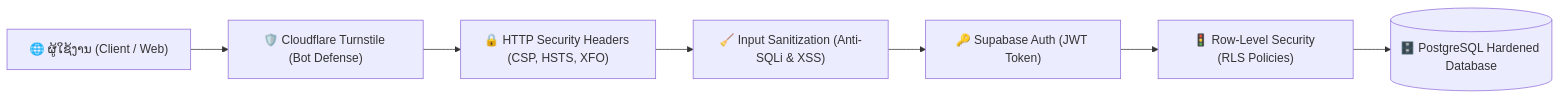
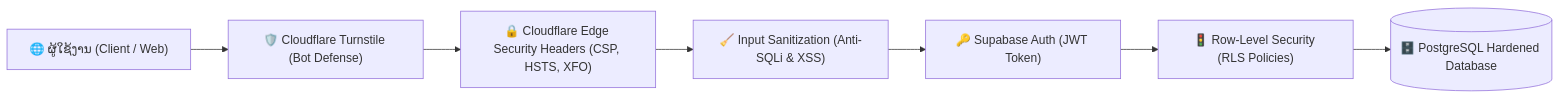
The diagram in docs/handover/03_cybersecurity.md (HM186812/AvatrAutoService), drawn with Mermaid before and after one commit. The commit also changed other lines of this file and 3 other files, not shown here.

````diff
--- a/docs/handover/03_cybersecurity.md
+++ b/docs/handover/03_cybersecurity.md
@@ -10,9 +10,9 @@
 ```mermaid
 flowchart LR
     User["🌐 ຜູ້ໃຊ້ງານ (Client / Web)"] --> Turnstile["🛡️ Cloudflare Turnstile (Bot Defense)"]
-    Turnstile --> NetlifyHeaders["🔒 HTTP Security Headers (CSP, HSTS, XFO)"]
-    NetlifyHeaders --> InputSanitize["🧹 Input Sanitization (Anti-SQLi & XSS)"]
+    Turnstile --> CloudflareHeaders["🔒 Cloudflare Edge Security Headers (CSP, HSTS, XFO)"]
+    CloudflareHeaders --> InputSanitize["🧹 Input Sanitization (Anti-SQLi & XSS)"]
     InputSanitize --> SupabaseAuth["🔑 Supabase Auth (JWT Token)"]
     SupabaseAuth --> RLS["🚦 Row-Level Security (RLS Policies)"]
     RLS --> HardenedDB[("🗄️ PostgreSQL Hardened Database")]
 ```
````
